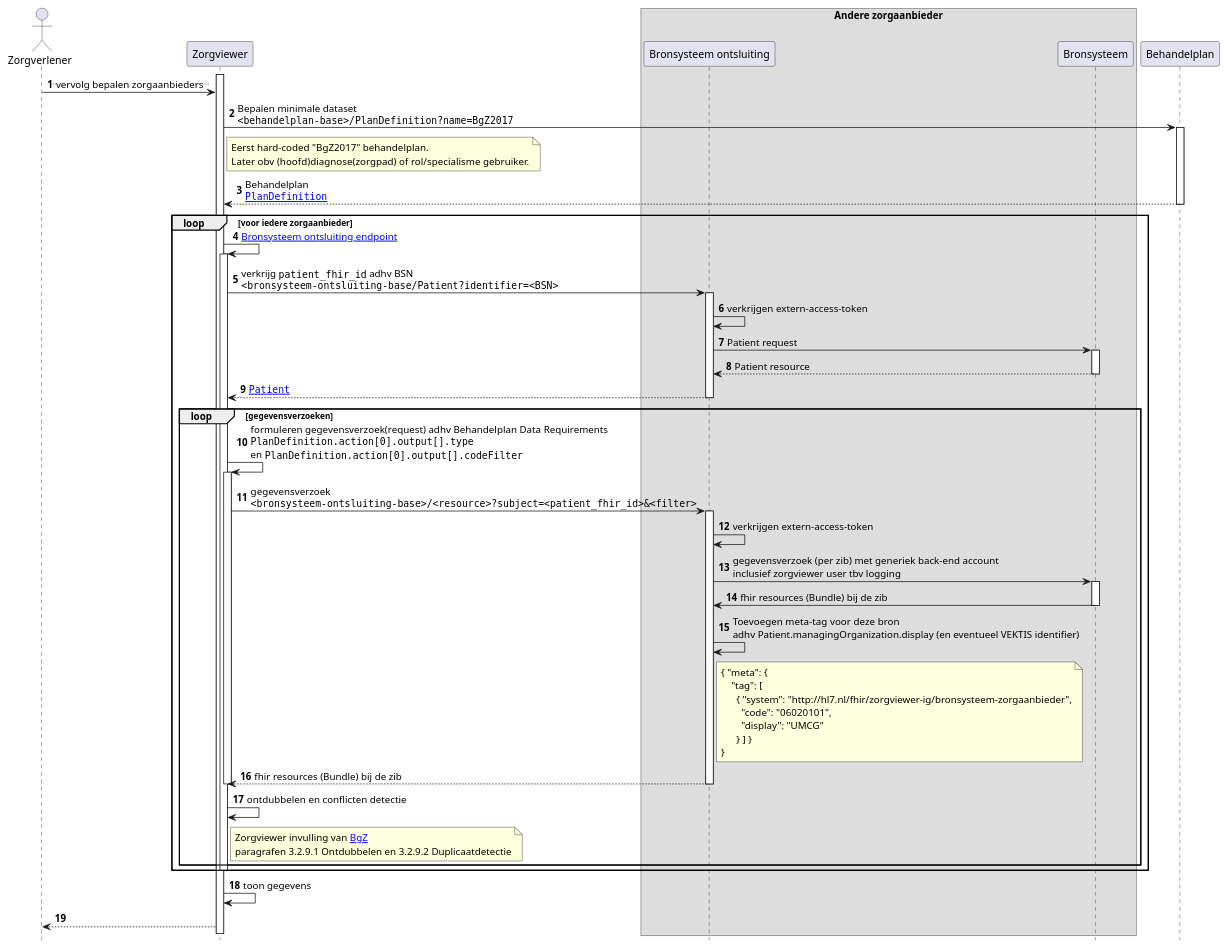
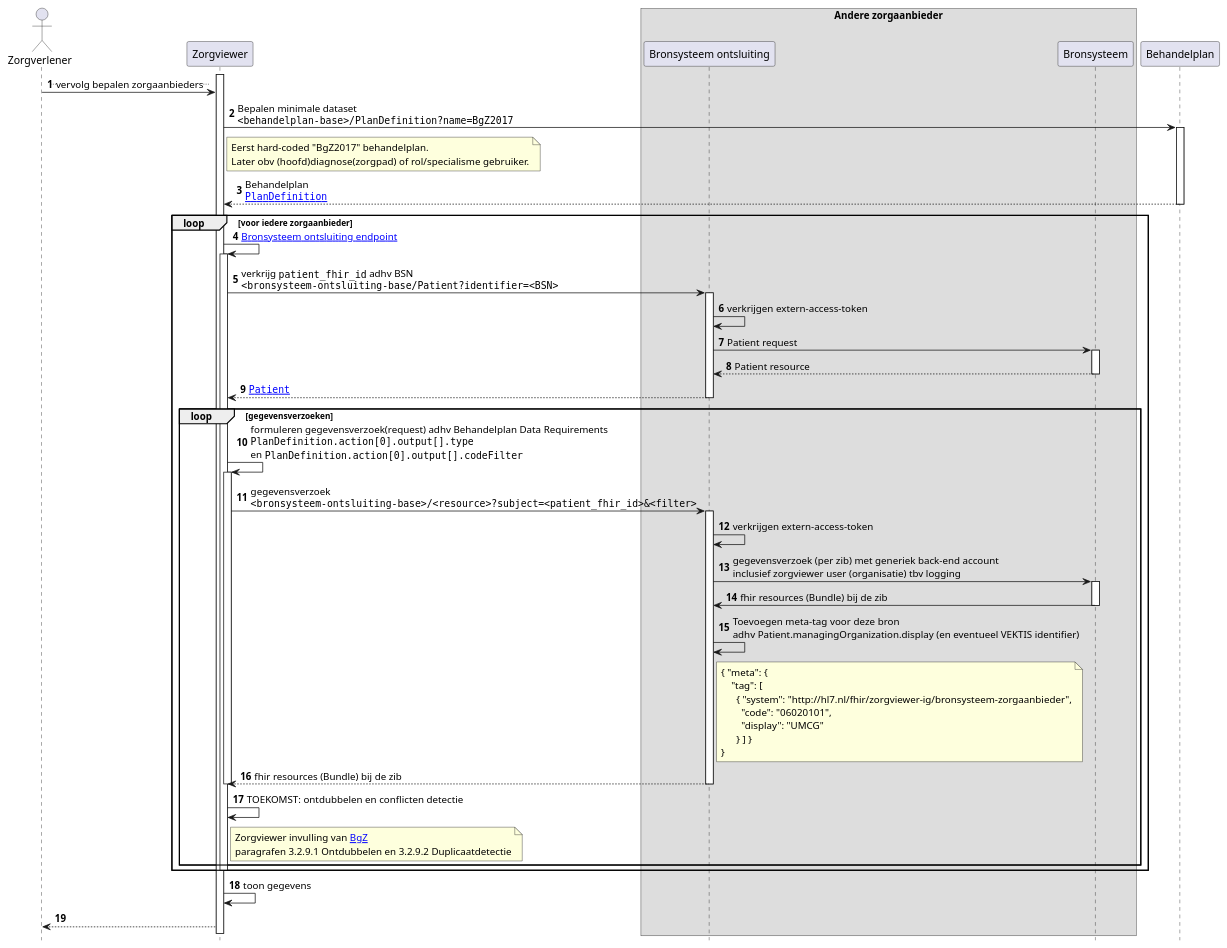
The diagram in input/images-source/Zorgviewer-seq-3.plantuml (RIVO-Noord/zorgviewer-ig), drawn with PlantUML before and after one commit. The commit also changed 5 other files, not shown here.

```diff
--- a/input/images-source/Zorgviewer-seq-3.plantuml
+++ b/input/images-source/Zorgviewer-seq-3.plantuml
@@ -1,70 +1,70 @@
 @startuml
 hide footbox
 autonumber
 
 actor Zorgverlener
 participant Zorgviewer
 box "Andere zorgaanbieder"
 participant "Bronsysteem ontsluiting" as Bron
 participant Bronsysteem
 end box
 participant Behandelplan
 
 activate Zorgviewer
 Zorgverlener->Zorgviewer: ..vervolg bepalen zorgaanbieders..
 Zorgviewer->Behandelplan: Bepalen minimale dataset\n""<behandelplan-base>/PlanDefinition?name=BgZ2017""
 note right Zorgviewer
   Eerst hard-coded "BgZ2017" behandelplan.
   Later obv (hoofd)diagnose(zorgpad) of rol/specialisme gebruiker.
 end note
 activate Behandelplan
 Behandelplan-->Zorgviewer: Behandelplan\n""[[StructureDefinition-PlanDefinition.html PlanDefinition]]""
 deactivate Behandelplan
 loop voor iedere zorgaanbieder
   Zorgviewer->Zorgviewer: [[Endpoint-UMCG.html Bronsysteem ontsluiting endpoint]]
   activate Zorgviewer
   Zorgviewer->Bron : verkrijg ""patient_fhir_id"" adhv BSN\n""<bronsysteem-ontsluiting-base/Patient?identifier=<BSN>""
   activate Bron
   Bron->Bron : verkrijgen extern-access-token
   Bron->Bronsysteem : Patient request
   activate Bronsysteem
   Bronsysteem-->Bron : Patient resource
   deactivate Bronsysteem
   Bron-->Zorgviewer : ""[[StructureDefinition-Patient.html Patient]]""
   deactivate Bron
   loop gegevensverzoeken
     Zorgviewer->Zorgviewer: formuleren gegevensverzoek(request) adhv Behandelplan Data Requirements\n""PlanDefinition.action[0].output[].type""\nen ""PlanDefinition.action[0].output[].codeFilter""
     activate Zorgviewer
     Zorgviewer->Bron: gegevensverzoek\n""<bronsysteem-ontsluiting-base>/<resource>?subject=<patient_fhir_id>&<filter>""
     activate Bron
     Bron->Bron : verkrijgen extern-access-token
-    Bron->Bronsysteem : gegevensverzoek (per zib) met generiek back-end account\ninclusief zorgviewer user tbv logging
+    Bron->Bronsysteem : gegevensverzoek (per zib) met generiek back-end account\ninclusief zorgviewer user (organisatie) tbv logging
     activate Bronsysteem
     Bronsysteem->Bron: fhir resources (Bundle) bij de zib
     deactivate Bronsysteem
     Bron->Bron: Toevoegen meta-tag voor deze bron\nadhv Patient.managingOrganization.display (en eventueel VEKTIS identifier)
     note right Bron
 { "meta": {
     "tag": [
       { "system": "http://hl7.nl/fhir/zorgviewer-ig/bronsysteem-zorgaanbieder",
         "code": "06020101",
         "display": "UMCG"
       } ] }
 }
     end note
     Bron-->Zorgviewer: fhir resources (Bundle) bij de zib
     deactivate Bron
     deactivate Zorgviewer
-    Zorgviewer->Zorgviewer: ontdubbelen en conflicten detectie
+    Zorgviewer->Zorgviewer: TOEKOMST: ontdubbelen en conflicten detectie
     note right of Zorgviewer
       Zorgviewer invulling van [[https://informatiestandaarden.nictiz.nl/wiki/BgZ:V1.0_BgZ_MSZ_Informatiestandaard BgZ]] 
       paragrafen 3.2.9.1 Ontdubbelen en 3.2.9.2 Duplicaatdetectie
     end note
   end
   deactivate Zorgviewer
 end
 
 Zorgviewer->Zorgviewer: toon gegevens
 Zorgviewer-->Zorgverlener
 
 @enduml
```
